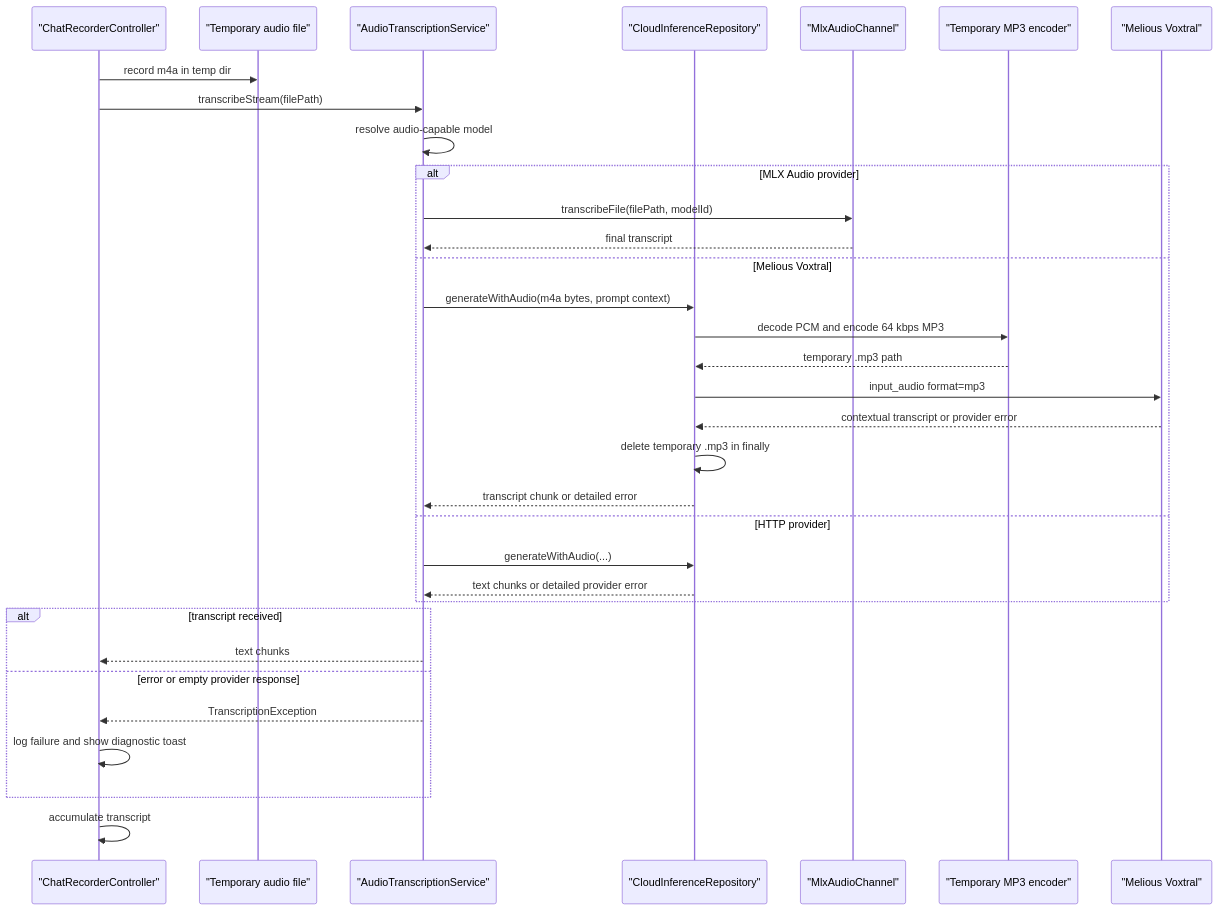
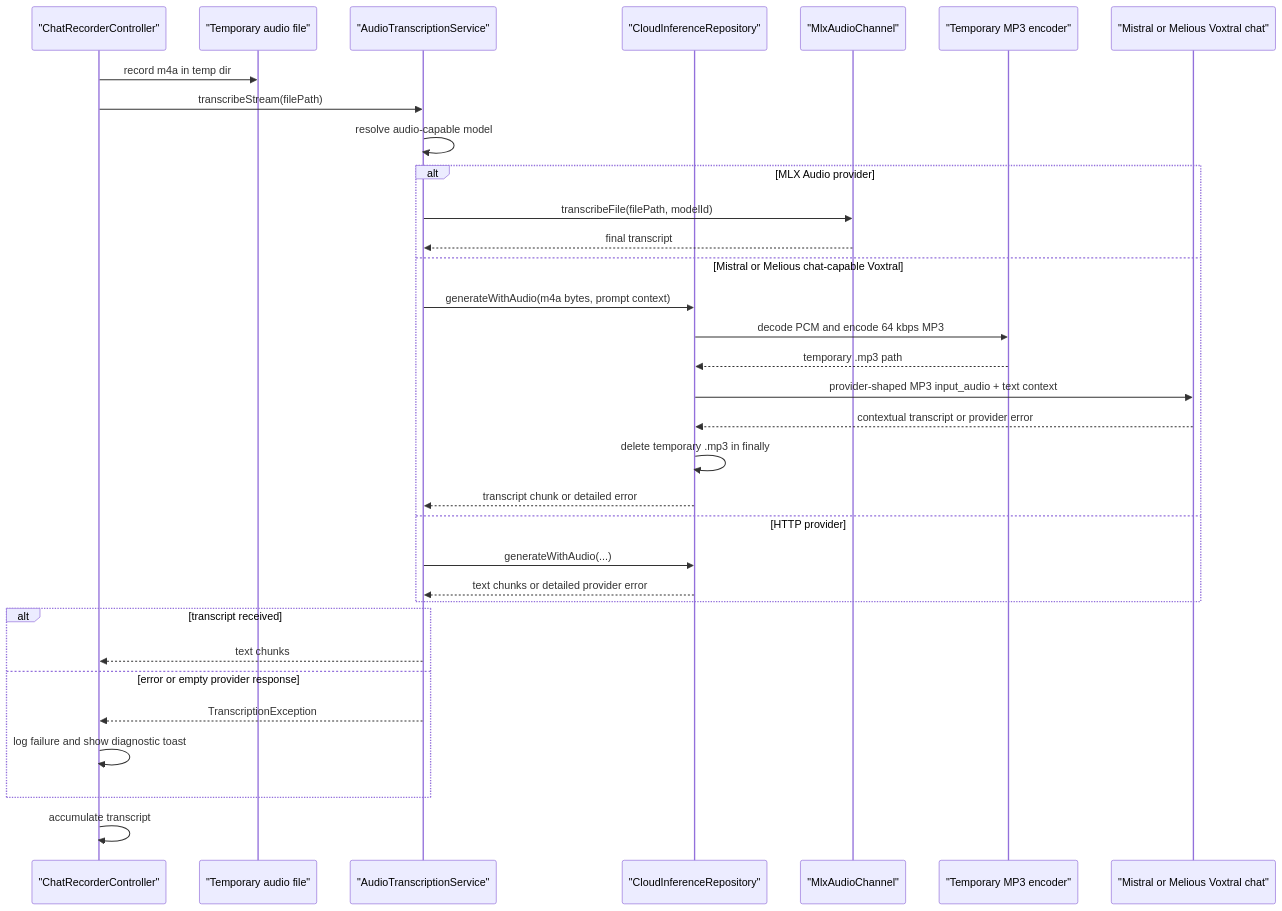
The fifth of 6 diagrams in lib/features/ai_chat/README.md (matthiasn/lotti), drawn with Mermaid before and after one commit. The commit also changed other lines of this file and 18 other files, not shown here.

Commit message:
feat: enable Mistral Voxtral MP3 chat transcription (#3463)

````diff
--- a/lib/features/ai_chat/README.md
+++ b/lib/features/ai_chat/README.md
@@ -305,36 +307,36 @@
 ```mermaid
 sequenceDiagram
   participant UI as "ChatRecorderController"
   participant File as "Temporary audio file"
   participant Batch as "AudioTranscriptionService"
   participant Cloud as "CloudInferenceRepository"
   participant MLX as "MlxAudioChannel"
   participant LAME as "Temporary MP3 encoder"
-  participant Melious as "Melious Voxtral"
+  participant VoxtralChat as "Mistral or Melious Voxtral chat"
 
   UI->>File: record m4a in temp dir
   UI->>Batch: transcribeStream(filePath)
   Batch->>Batch: resolve audio-capable model
   alt MLX Audio provider
     Batch->>MLX: transcribeFile(filePath, modelId)
     MLX-->>Batch: final transcript
-  else Melious Voxtral
+  else Mistral or Melious chat-capable Voxtral
     Batch->>Cloud: generateWithAudio(m4a bytes, prompt context)
     Cloud->>LAME: decode PCM and encode 64 kbps MP3
     LAME-->>Cloud: temporary .mp3 path
-    Cloud->>Melious: input_audio format=mp3
-    Melious-->>Cloud: contextual transcript or provider error
+    Cloud->>VoxtralChat: provider-shaped MP3 input_audio + text context
+    VoxtralChat-->>Cloud: contextual transcript or provider error
     Cloud->>Cloud: delete temporary .mp3 in finally
     Cloud-->>Batch: transcript chunk or detailed error
   else HTTP provider
     Batch->>Cloud: generateWithAudio(...)
     Cloud-->>Batch: text chunks or detailed provider error
   end
   alt transcript received
     Batch-->>UI: text chunks
   else error or empty provider response
     Batch-->>UI: TranscriptionException
     UI->>UI: log failure and show diagnostic toast
   end
   UI->>UI: accumulate transcript
 ```
````
